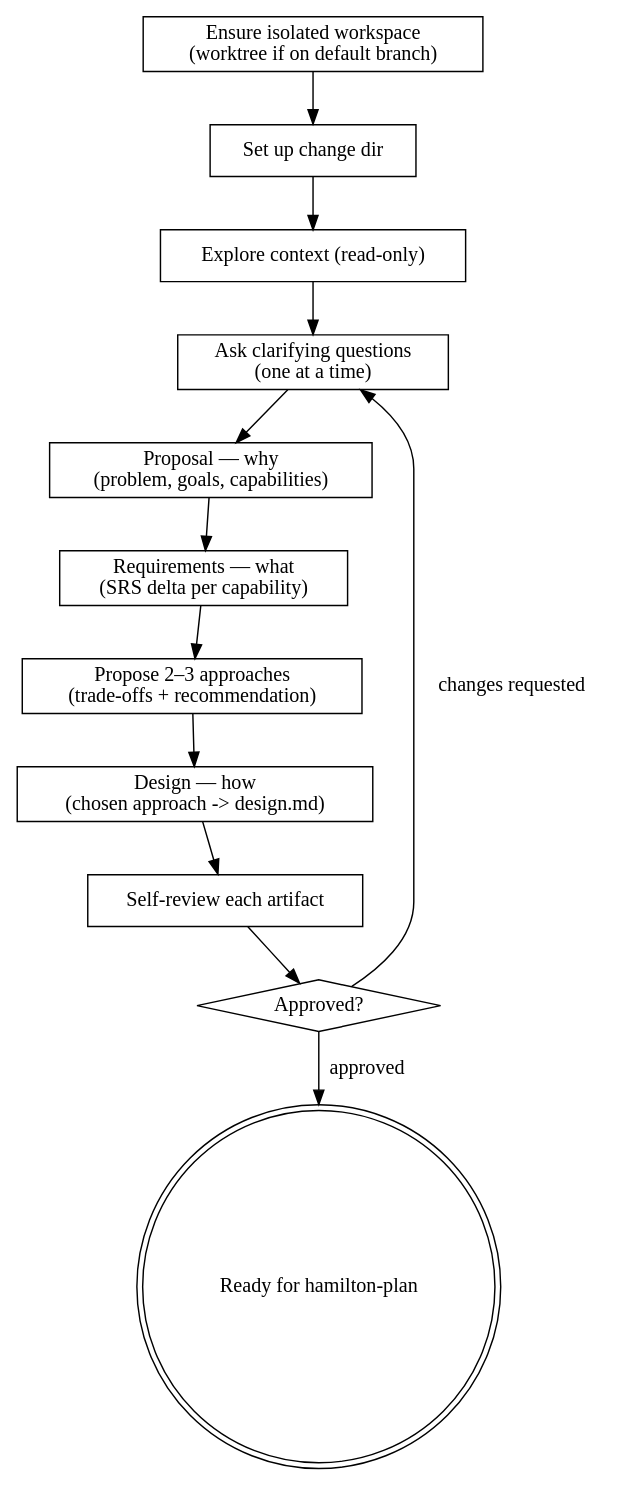
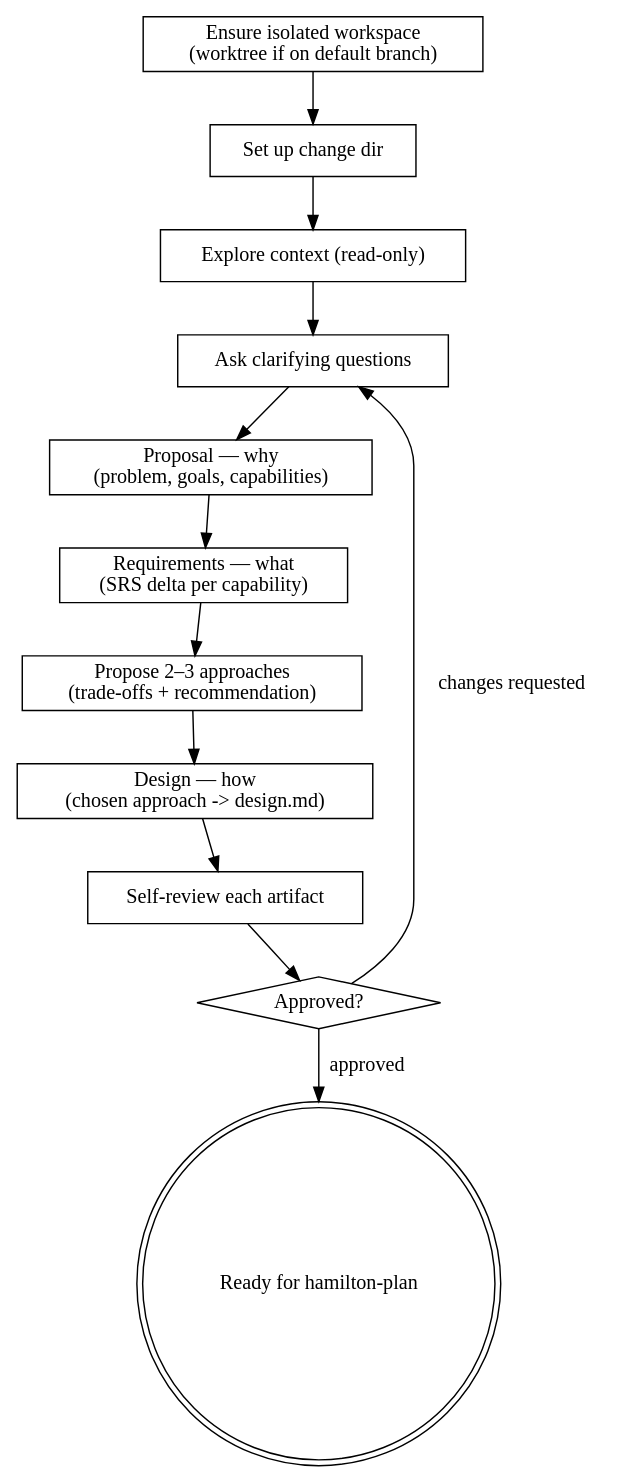
One commit to caiorcferreira/hamilton changed the diagram in skills/hamilton-propose/SKILL.md. Above: the diagram before and after it, drawn with Graphviz. The commit also changed other lines of this file, not shown here.

Commit message:
MAESTRO: remove protocol duplication from propose Principles and diagram

````diff
--- a/skills/hamilton-propose/SKILL.md
+++ b/skills/hamilton-propose/SKILL.md
@@ -173,27 +172,27 @@
 ```dot
 digraph hamilton_propose {
     "Ensure isolated workspace\n(worktree if on default branch)" [shape=box];
     "Set up change dir" [shape=box];
     "Explore context (read-only)" [shape=box];
-    "Ask clarifying questions\n(one at a time)" [shape=box];
+    "Ask clarifying questions" [shape=box];
     "Proposal — why\n(problem, goals, capabilities)" [shape=box];
     "Requirements — what\n(SRS delta per capability)" [shape=box];
     "Propose 2–3 approaches\n(trade-offs + recommendation)" [shape=box];
     "Design — how\n(chosen approach -> design.md)" [shape=box];
     "Self-review each artifact" [shape=box];
     "Approved?" [shape=diamond];
     "Ready for hamilton-plan" [shape=doublecircle];
 
     "Ensure isolated workspace\n(worktree if on default branch)" -> "Set up change dir";
     "Set up change dir" -> "Explore context (read-only)";
-    "Explore context (read-only)" -> "Ask clarifying questions\n(one at a time)";
-    "Ask clarifying questions\n(one at a time)" -> "Proposal — why\n(problem, goals, capabilities)";
+    "Explore context (read-only)" -> "Ask clarifying questions";
+    "Ask clarifying questions" -> "Proposal — why\n(problem, goals, capabilities)";
     "Proposal — why\n(problem, goals, capabilities)" -> "Requirements — what\n(SRS delta per capability)";
     "Requirements — what\n(SRS delta per capability)" -> "Propose 2–3 approaches\n(trade-offs + recommendation)";
     "Propose 2–3 approaches\n(trade-offs + recommendation)" -> "Design — how\n(chosen approach -> design.md)";
     "Design — how\n(chosen approach -> design.md)" -> "Self-review each artifact";
     "Self-review each artifact" -> "Approved?";
-    "Approved?" -> "Ask clarifying questions\n(one at a time)" [label="changes requested"];
+    "Approved?" -> "Ask clarifying questions" [label="changes requested"];
     "Approved?" -> "Ready for hamilton-plan" [label="approved"];
 }
 ```
````
